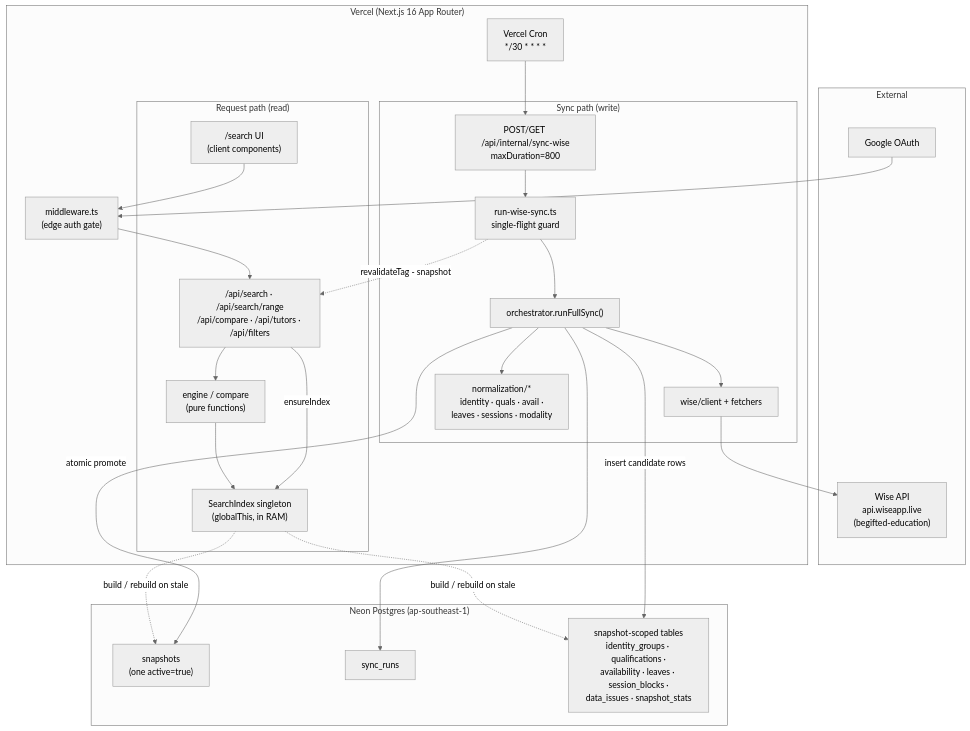
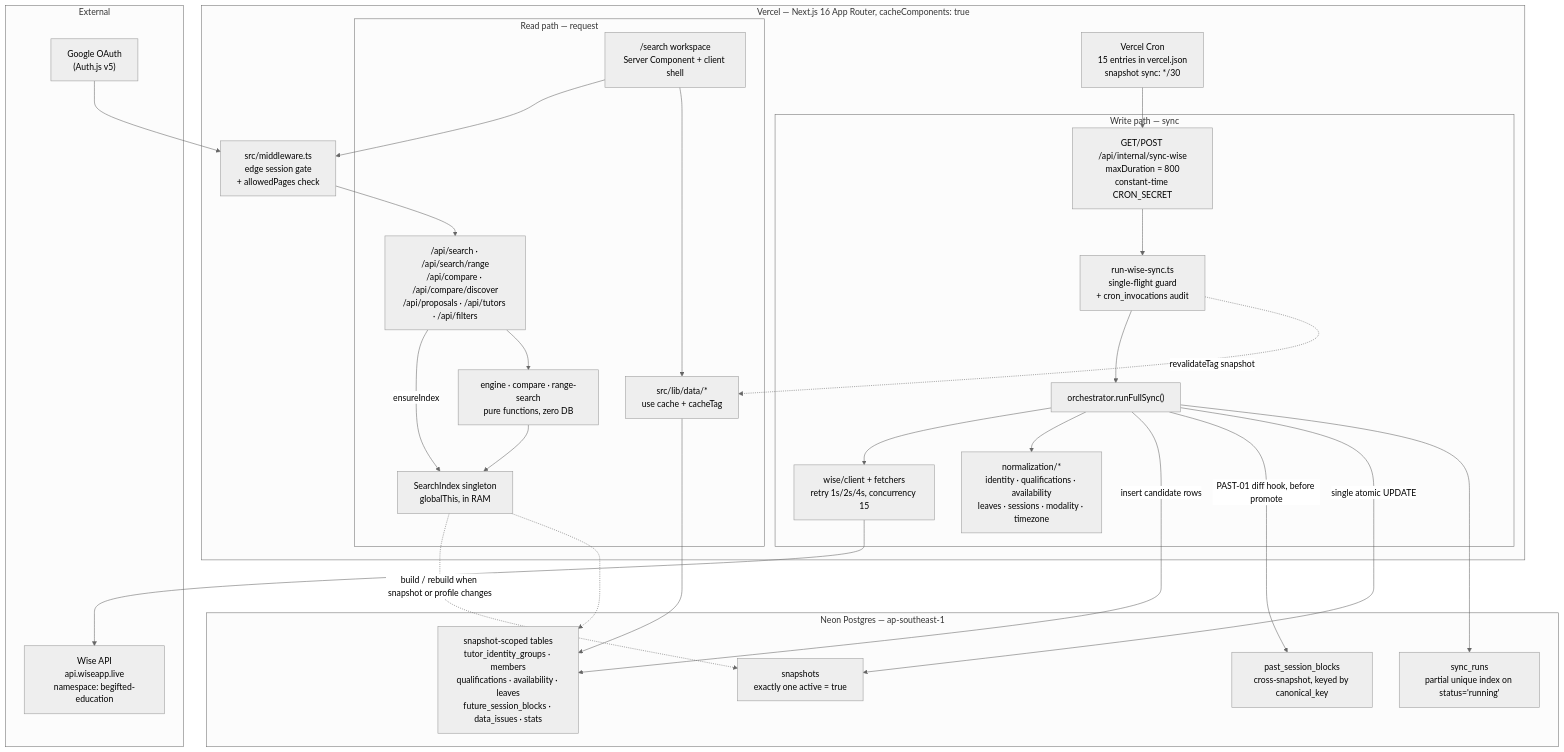
The first of 2 diagrams in docs/handbook/architecture.md (kasheesh711/bgscheduler), drawn with Mermaid (neutral theme) before and after one commit. The commit also changed other lines of this file and 71 other files, not shown here.

````diff
--- a/docs/handbook/architecture.md
+++ b/docs/handbook/architecture.md
@@ -31,49 +43,53 @@
 ```mermaid
 flowchart TB
     subgraph external["External"]
-        Wise["Wise API\napi.wiseapp.live\n(begifted-education)"]
-        Google["Google OAuth"]
+        Wise["Wise API<br/>api.wiseapp.live<br/>namespace: begifted-education"]
+        Google["Google OAuth<br/>(Auth.js v5)"]
     end
 
-    subgraph vercel["Vercel (Next.js 16 App Router)"]
-        Cron["Vercel Cron\n*/30 * * * *"]
-        MW["middleware.ts\n(edge auth gate)"]
+    subgraph vercel["Vercel — Next.js 16 App Router, cacheComponents: true"]
+        Cron["Vercel Cron<br/>15 entries in vercel.json<br/>snapshot sync: */30"]
+        MW["src/middleware.ts<br/>edge session gate<br/>+ allowedPages check"]
 
-        subgraph sync["Sync path (write)"]
-            SyncRoute["POST/GET /api/internal/sync-wise\nmaxDuration=800"]
-            Runner["run-wise-sync.ts\nsingle-flight guard"]
+        subgraph sync["Write path — sync"]
+            SyncRoute["GET/POST /api/internal/sync-wise<br/>maxDuration = 800<br/>constant-time CRON_SECRET"]
+            Runner["run-wise-sync.ts<br/>single-flight guard<br/>+ cron_invocations audit"]
             Orch["orchestrator.runFullSync()"]
-            WiseClient["wise/client + fetchers"]
-            Norm["normalization/*\nidentity · quals · avail ·\nleaves · sessions · modality"]
+            WiseClient["wise/client + fetchers<br/>retry 1s/2s/4s, concurrency 15"]
+            Norm["normalization/*<br/>identity · qualifications · availability<br/>leaves · sessions · modality · timezone"]
         end
 
-        subgraph read["Request path (read)"]
-            ApiRead["/api/search · /api/search/range\n/api/compare · /api/tutors · /api/filters"]
-            Index["SearchIndex singleton\n(globalThis, in RAM)"]
-            Engine["engine / compare\n(pure functions)"]
-            UI["/search UI\n(client components)"]
+        subgraph read["Read path — request"]
+            ApiRead["/api/search · /api/search/range<br/>/api/compare · /api/compare/discover<br/>/api/proposals · /api/tutors · /api/filters"]
+            Index["SearchIndex singleton<br/>globalThis, in RAM"]
+            Engine["engine · compare · range-search<br/>pure functions, zero DB"]
+            DataLayer["src/lib/data/*<br/>use cache + cacheTag"]
+            UI["/search workspace<br/>Server Component + client shell"]
         end
     end
 
-    subgraph pg["Neon Postgres (ap-southeast-1)"]
-        Snap["snapshots\n(one active=true)"]
-        SyncRuns["sync_runs"]
-        Tables["snapshot-scoped tables\nidentity_groups · qualifications ·\navailability · leaves · session_blocks ·\ndata_issues · snapshot_stats"]
+    subgraph pg["Neon Postgres — ap-southeast-1"]
+        Snap["snapshots<br/>exactly one active = true"]
+        SyncRuns["sync_runs<br/>partial unique index on status='running'"]
+        Tables["snapshot-scoped tables<br/>tutor_identity_groups · members<br/>qualifications · availability · leaves<br/>future_session_blocks · data_issues · stats"]
+        Past["past_session_blocks<br/>cross-snapshot, keyed by canonical_key"]
     end
 
     Cron --> SyncRoute --> Runner --> Orch
     Orch --> WiseClient --> Wise
     Orch --> Norm
     Orch -->|insert candidate rows| Tables
-    Orch -->|atomic promote| Snap
+    Orch -->|PAST-01 diff hook, before promote| Past
+    Orch -->|single atomic UPDATE| Snap
     Orch --> SyncRuns
 
     Google --> MW
     UI --> MW --> ApiRead
     ApiRead -->|ensureIndex| Index
-    Index -.->|build / rebuild on stale| Snap
-    Index -.->|build / rebuild on stale| Tables
+    Index -.->|build / rebuild when snapshot or profile changes| Snap
+    Index -.-> Tables
     ApiRead --> Engine
     Engine --> Index
-    Runner -.->|revalidateTag - snapshot| ApiRead
+    UI --> DataLayer --> Tables
+    Runner -.->|revalidateTag snapshot| DataLayer
 ```
````
